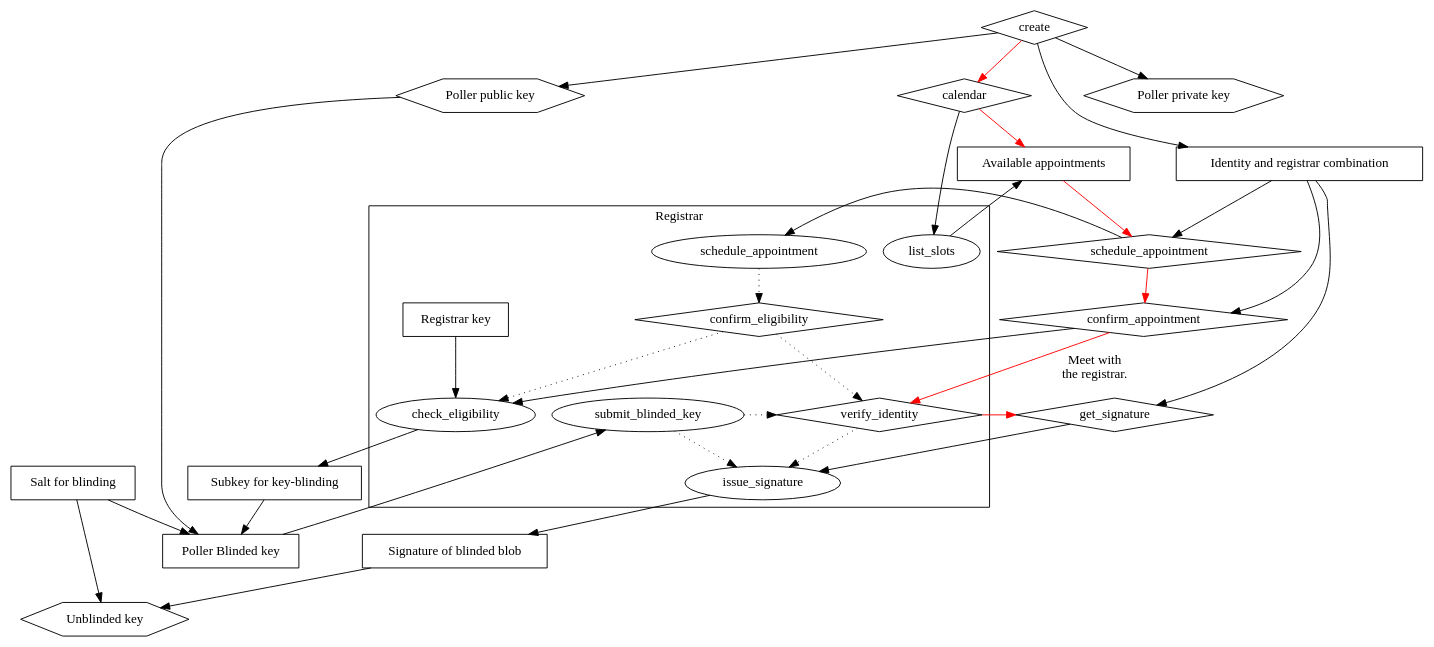
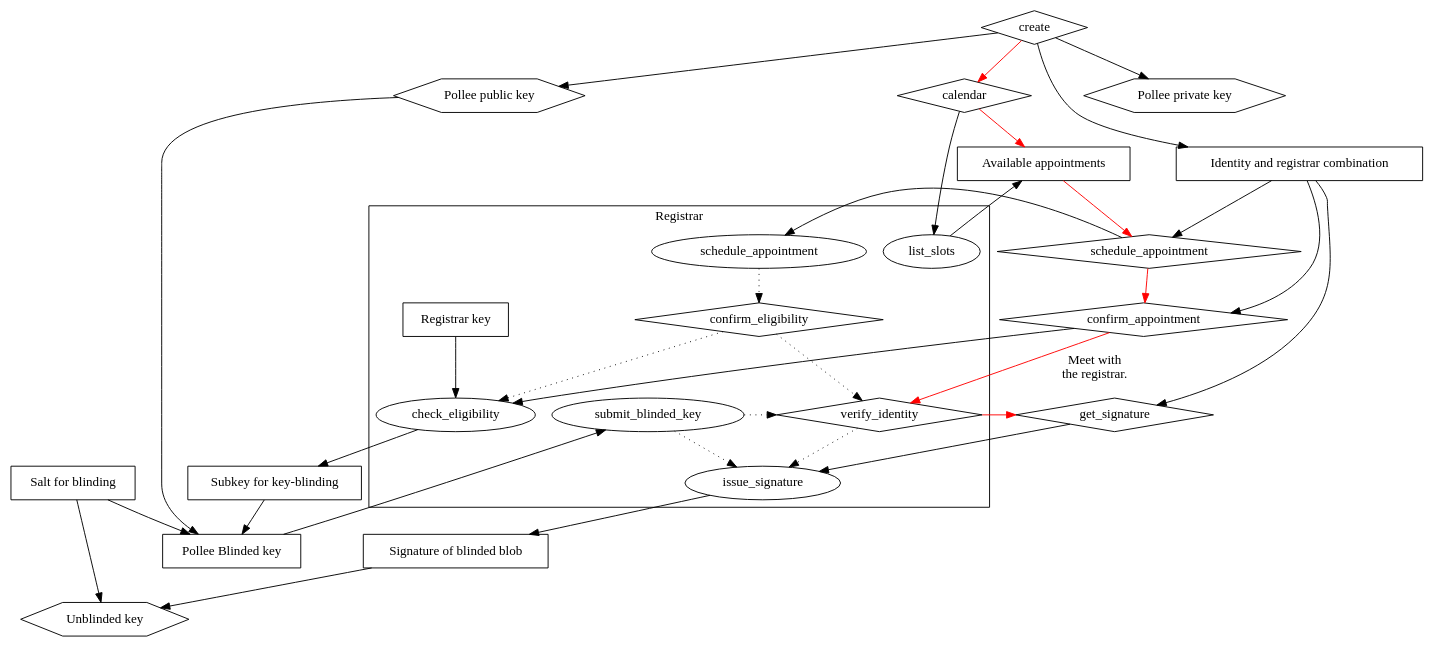
The diagram in doc/registration.dot (securepollingsystem/securepolling), drawn with Graphviz before and after one commit. The commit also changed 7 other files, not shown here.

Commit message:
poller -> pollee

```diff
--- a/doc/registration.dot
+++ b/doc/registration.dot
@@ -1,92 +1,92 @@
 /*
 
 Solid
   Explicit data flow
 Dotted
   Data dependencies that are stored in the registrar's database
 Red
-  Steps of the human-facing poller procedure
+  Steps of the human-facing pollee procedure
 
 Diamond
   User interface
 Ellipse
   Computer interface
 Box
   Datum
 Hexagon
-  Output datum for the other poller features (screed and tally)
+  Output datum for the other pollee features (screed and tally)
 
 */
 
 // Registrar process
 digraph {
   subgraph cluster_Registrar {
     label="Registrar"
     r_list_slots [label="list_slots"]
     r_schedule_appointment [label="schedule_appointment"]
     r_verify_identity [label="verify_identity" shape="diamond"]
     r_check_eligibility [label="check_eligibility"]
     r_issue_signature [label="issue_signature"]
     r_submit_blinded_key [label="submit_blinded_key"]
     r_confirm_eligibility -> r_check_eligibility [style="dotted"]
     r_confirm_eligibility [label="confirm_eligibility" shape="diamond"]
     r_schedule_appointment -> r_confirm_eligibility -> r_verify_identity -> r_issue_signature [style="dotted"]
     r_submit_blinded_key -> r_verify_identity [style="dotted" constraint="false"]
     r_submit_blinded_key -> r_issue_signature [style="dotted"]
     r_key [shape="box" label="Registrar key"]
   }
 
   // Step 1
   create [shape="diamond"]
   Identity [label="Identity and registrar combination" shape="box"]
 
   create -> Identity
 
 //keygen [shape="diamond"]
-  Public [label="Poller public key"]
-  Private [label="Poller private key"]
+  Public [label="Pollee public key"]
+  Private [label="Pollee private key"]
 
 //keygen -> Public
 //keygen -> Private
   create -> Public
   create -> Private
   Public, Private [shape="hexagon"]
 
   calendar [shape="diamond"]
   Appointments [label="Available appointments" shape="box"]
   calendar -> r_list_slots -> Appointments
   calendar -> Appointments -> schedule_appointment [color="red"]
 
   Subkey [label="Subkey for key-blinding" shape="box"]
   Salt [label="Salt for blinding" shape="box"]
 
-  Blinded [label="Poller Blinded key" shape="box"]
+  Blinded [label="Pollee Blinded key" shape="box"]
   Public -> Blinded
   Subkey -> Blinded
   Salt -> Blinded
   Blinded
 
   schedule_appointment, get_signature [shape="diamond"]
   Identity -> get_signature
   Identity -> schedule_appointment
   schedule_appointment -> r_schedule_appointment
   create -> calendar [color="red"]
   schedule_appointment -> confirm_appointment [color="red"]
   r_verify_identity -> get_signature [color="red"]
   confirm_appointment -> r_verify_identity [label="Meet with\nthe registrar." color="red"]
   get_signature -> r_issue_signature
   Identity -> confirm_appointment
   confirm_appointment [shape="diamond"]
 
   Blinded -> r_submit_blinded_key
 
   r_key -> r_check_eligibility
   confirm_appointment -> r_check_eligibility -> Subkey
   r_issue_signature -> SignedBlinded
   SignedBlinded [label="Signature of blinded blob" shape="box"]
 
   Salt -> Unblinded
   SignedBlinded -> Unblinded
 
   Unblinded [shape="hexagon" label="Unblinded key"]
 }
```
